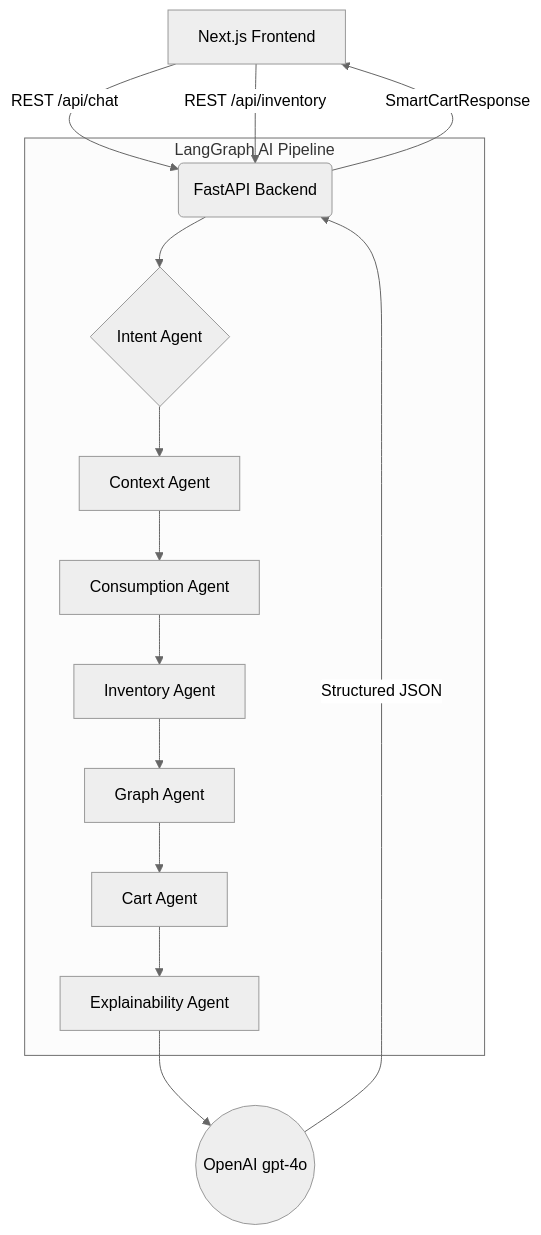
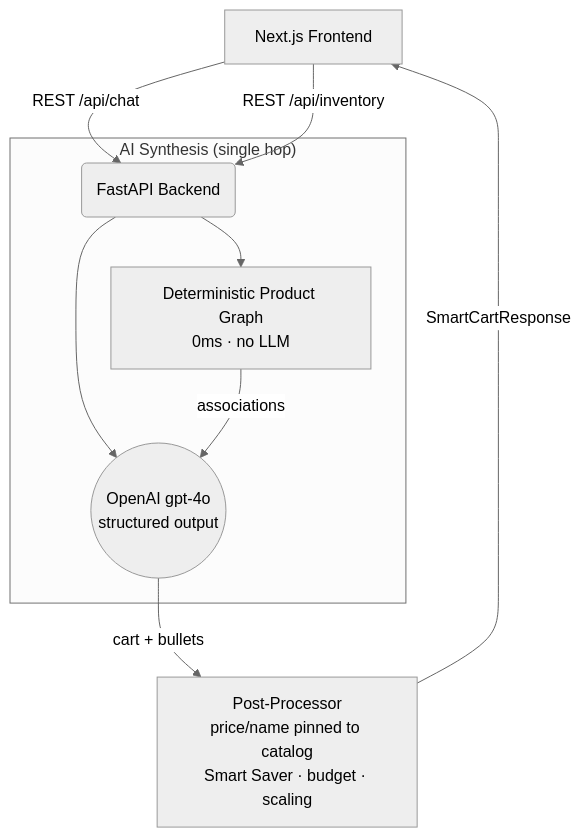
The first of 2 diagrams in system_design.md (CodeCraftsmanRohit/Amazon_NOW), drawn with Mermaid (neutral theme) before and after one commit. The commit also changed other lines of this file and 11 other files, not shown here.

````diff
--- a/system_design.md
+++ b/system_design.md
@@ -6,19 +6,14 @@
 ```mermaid
 graph TD
     A[Next.js Frontend] -->|REST /api/chat| B(FastAPI Backend)
     A -->|REST /api/inventory| B
-    
-    subgraph LangGraph AI Pipeline
-        B --> C{Intent Agent}
-        C --> D[Context Agent]
-        D --> E[Consumption Agent]
-        E --> F[Inventory Agent]
-        F --> G[Graph Agent]
-        G --> H[Cart Agent]
-        H --> I[Explainability Agent]
+
+    subgraph "AI Synthesis (single hop)"
+        B --> G[Deterministic Product Graph\n0ms · no LLM]
+        B --> L((OpenAI gpt-4o\nstructured output))
+        G -->|associations| L
     end
-    
-    I --> J((OpenAI gpt-4o))
-    J -->|Structured JSON| B
-    B -->|SmartCartResponse| A
+
+    L -->|cart + bullets| PP[Post-Processor\nprice/name pinned to catalog\nSmart Saver · budget · scaling]
+    PP -->|SmartCartResponse| A
 ```
````
